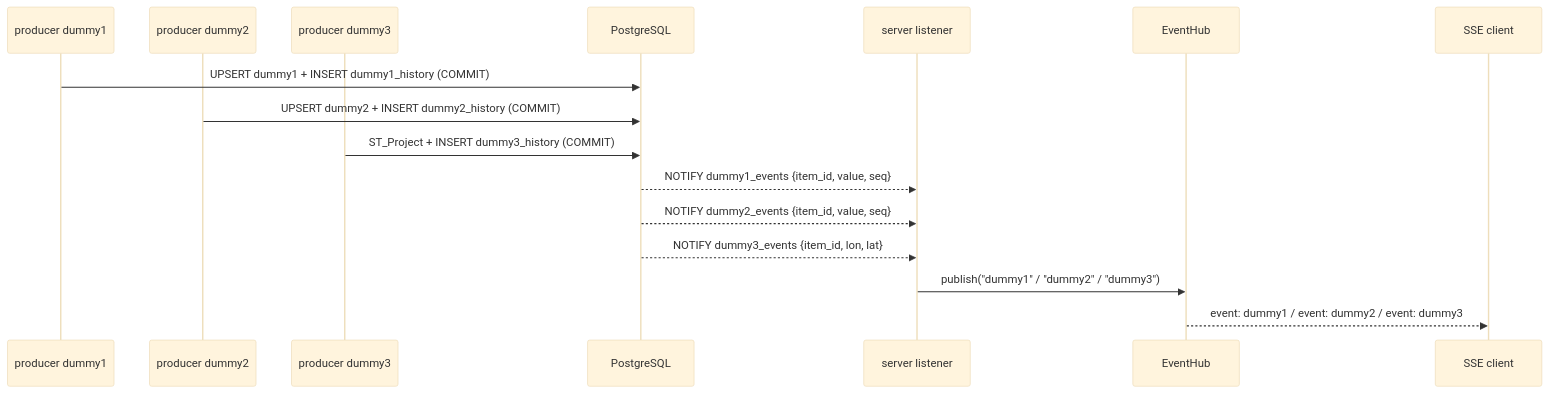
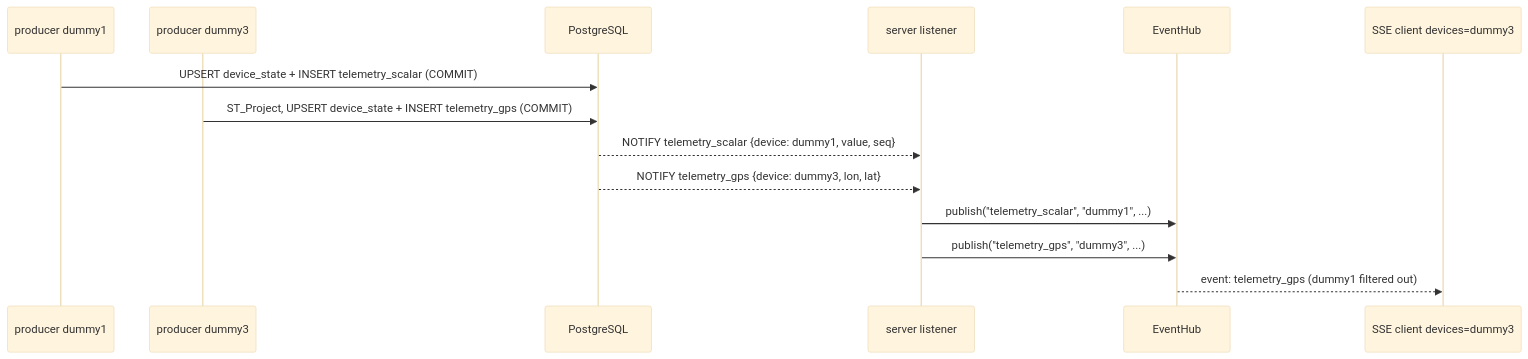
The second of 4 diagrams in docs/ARCHITECTURE.md (jgmatu/postgresql), drawn with Mermaid (base theme) before and after one commit. The commit also changed other lines of this file and 39 other files, not shown here.

First line of the commit message:
Model devices as rows and telemetry per payload shape.

````diff
--- a/docs/ARCHITECTURE.md
+++ b/docs/ARCHITECTURE.md
@@ -78,18 +91,16 @@
 ```mermaid
 sequenceDiagram
     participant P1 as producer dummy1
-    participant P2 as producer dummy2
     participant P3 as producer dummy3
     participant PG as PostgreSQL
     participant L as server listener
     participant H as EventHub
-    participant B as SSE client
-    P1->>PG: UPSERT dummy1 + INSERT dummy1_history (COMMIT)
-    P2->>PG: UPSERT dummy2 + INSERT dummy2_history (COMMIT)
-    P3->>PG: ST_Project + INSERT dummy3_history (COMMIT)
-    PG-->>L: NOTIFY dummy1_events {item_id, value, seq}
-    PG-->>L: NOTIFY dummy2_events {item_id, value, seq}
-    PG-->>L: NOTIFY dummy3_events {item_id, lon, lat}
-    L->>H: publish("dummy1" / "dummy2" / "dummy3")
-    H-->>B: event: dummy1 / event: dummy2 / event: dummy3
+    participant B as SSE client devices=dummy3
+    P1->>PG: UPSERT device_state + INSERT telemetry_scalar (COMMIT)
+    P3->>PG: ST_Project, UPSERT device_state + INSERT telemetry_gps (COMMIT)
+    PG-->>L: NOTIFY telemetry_scalar {device: dummy1, value, seq}
+    PG-->>L: NOTIFY telemetry_gps {device: dummy3, lon, lat}
+    L->>H: publish("telemetry_scalar", "dummy1", ...)
+    L->>H: publish("telemetry_gps", "dummy3", ...)
+    H-->>B: event: telemetry_gps (dummy1 filtered out)
 ```
````
